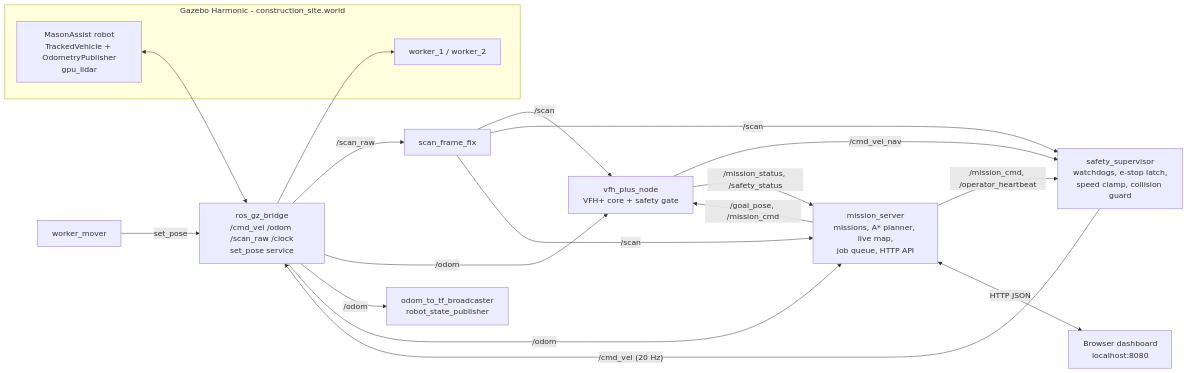
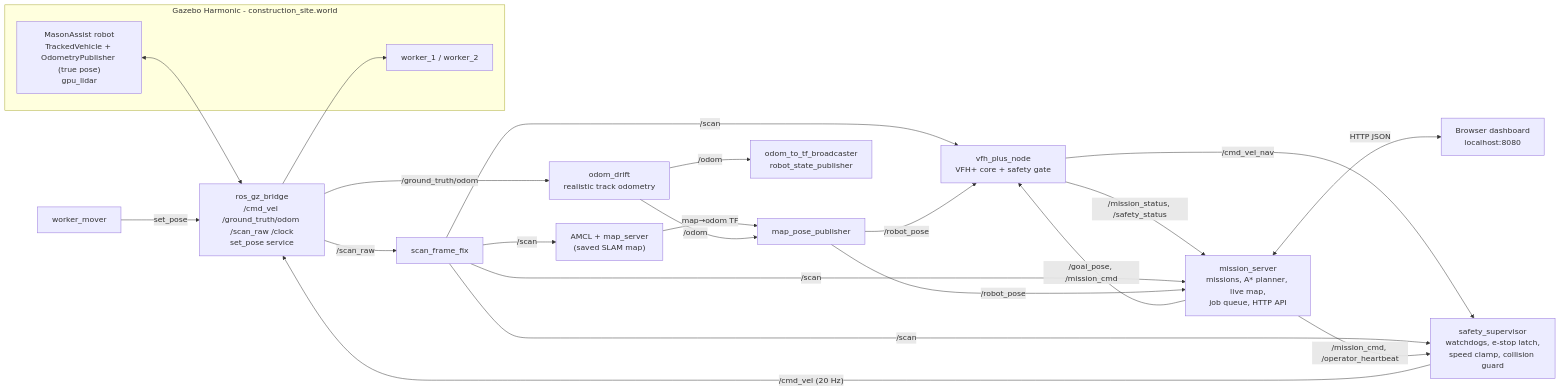
The diagram in README.md (akki0312-tech/MasonAssist), drawn with Mermaid before and after one commit. The commit also changed other lines of this file and 22 other files, not shown here.

````diff
--- a/README.md
+++ b/README.md
@@ -29,31 +30,35 @@
 ```mermaid
 flowchart LR
   subgraph GZ["Gazebo Harmonic - construction_site.world"]
-    ROBOT["MasonAssist robot<br/>TrackedVehicle + OdometryPublisher<br/>gpu_lidar"]
+    ROBOT["MasonAssist robot<br/>TrackedVehicle + OdometryPublisher (true pose)<br/>gpu_lidar"]
     WORKERS["worker_1 / worker_2"]
   end
 
-  BRIDGE["ros_gz_bridge<br/>/cmd_vel /odom /scan_raw /clock<br/>set_pose service"]
+  BRIDGE["ros_gz_bridge<br/>/cmd_vel /ground_truth/odom /scan_raw /clock<br/>set_pose service"]
+  DRIFT["odom_drift<br/>realistic track odometry"]
+  LOC["AMCL + map_server<br/>(saved SLAM map)"]
+  MPP["map_pose_publisher"]
   SFF["scan_frame_fix"]
   TF["odom_to_tf_broadcaster<br/>robot_state_publisher"]
   VFH["vfh_plus_node<br/>VFH+ core + safety gate"]
   SUP["safety_supervisor<br/>watchdogs, e-stop latch,<br/>speed clamp, collision guard"]
   MS["mission_server<br/>missions, A* planner, live map,<br/>job queue, HTTP API"]
   WM["worker_mover"]
   UI["Browser dashboard<br/>localhost:8080"]
 
   ROBOT <--> BRIDGE
   BRIDGE -- "/scan_raw" --> SFF -- "/scan" --> VFH
-  BRIDGE -- "/odom" --> VFH
-  BRIDGE -- "/odom" --> TF
+  BRIDGE -- "/ground_truth/odom" --> DRIFT -- "/odom" --> TF
+  SFF -- "/scan" --> LOC -- "map→odom TF" --> MPP
+  DRIFT -- "/odom" --> MPP -- "/robot_pose" --> VFH
   VFH -- "/cmd_vel_nav" --> SUP -- "/cmd_vel (20 Hz)" --> BRIDGE
   SFF -- "/scan" --> SUP
   MS -- "/mission_cmd, /operator_heartbeat" --> SUP
   MS -- "/goal_pose, /mission_cmd" --> VFH
   VFH -- "/mission_status, /safety_status" --> MS
   SFF -- "/scan" --> MS
-  BRIDGE -- "/odom" --> MS
+  MPP -- "/robot_pose" --> MS
   MS <-- "HTTP JSON" --> UI
   WM -- "set_pose" --> BRIDGE
   BRIDGE --> WORKERS
 ```
````
